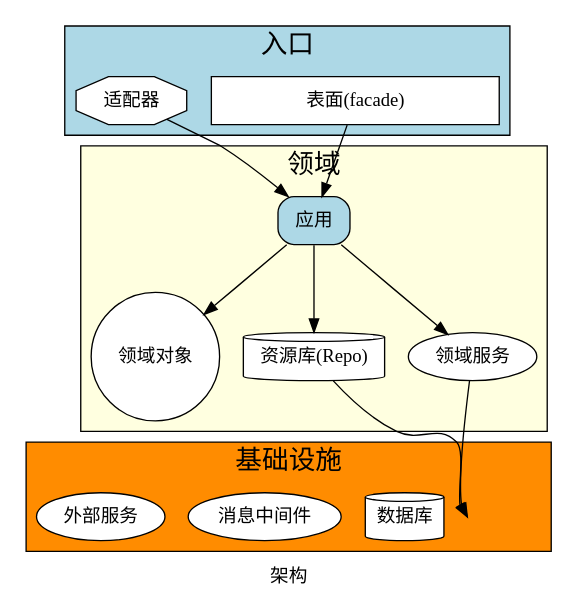
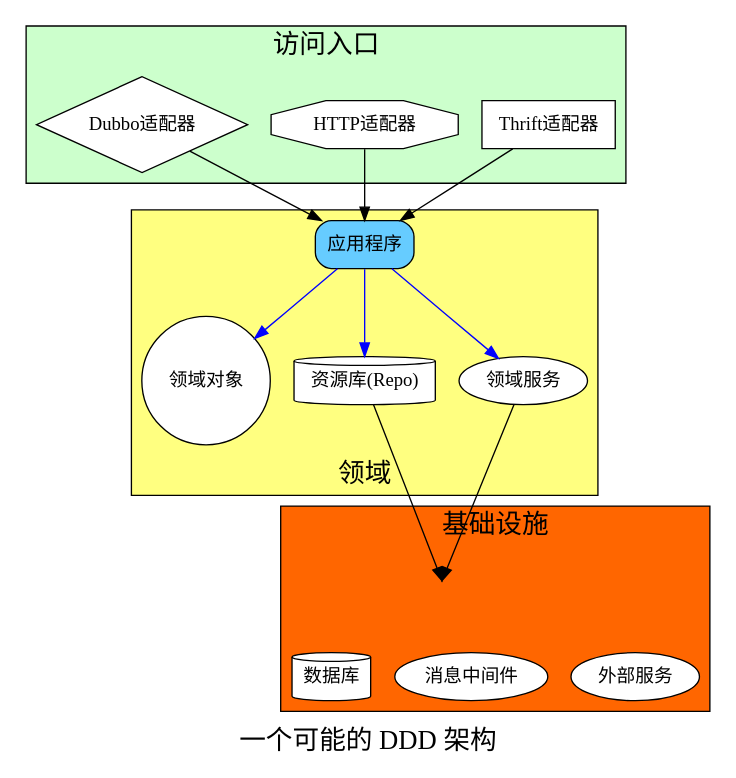
The diagram in ddd/img/architecture.dot (shinyoo/shinyoo.github.io), drawn with Graphviz before and after one commit. The commit also changed 11 other files, not shown here.

```diff
--- a/ddd/img/architecture.dot
+++ b/ddd/img/architecture.dot
@@ -1,53 +1,66 @@
 digraph architecture {
+    splines=false
     subgraph cluster_domain{
         node[style=filled;fillcolor=white]
-        app[label="应用";style="rounded,filled";shape=box;fillcolor=lightblue]
+        edge[color=blue];
+        app[label="应用程序";style="rounded,filled";shape=box;fillcolor="#66ccff"]
         o[label="领域对象";shape=circle]
-        repo[label="资源库(Repo)";shape=cylinder]
-        d_ser[label="领域服务"]
+        repo[label="资源库(Repo)";shape=cylinder];
+        d_ser[label="领域服务"];
 
         
         app->repo
         app->o
         app->d_ser
-
+        labelloc=b;
         label="领域";
         fontsize=20;
         style=filled;
-        fillcolor=lightyellow;
+        fillcolor="#ffff80";
         out[style=invisible;rank=min]
         
     }
 
     edge[head=invis;headport=w]
     d_ser->in
     repo->in
     edge[headport=none]
     subgraph cluster_infr{
-        in[style=invisible;]
+        in[style=invisible;rank=same;height=0;width=0]
         node[style=filled;fillcolor=white]
         db[label="数据库";shape=cylinder]
         mq[label="消息中间件"]
         ex_ser[label="外部服务"];
+        edge[style=invis];
+        _r[style=invis;]
+        
+        in->db,mq,ex_ser
+        
         fontsize=20;
         label="基础设施";
         style=filled;
-        fillcolor=darkorange;
+        fillcolor="#ff6600";
     }
 
     subgraph cluster_entry{
         node[style=filled;fillcolor=white]
-        f[label="表面(facade)";shape=box;width=3];
-        a[label="适配器";shape=octagon]
-        f->app;    
-        a->app;
-        fontsize=20
-        label="入口";
+        a2[label="Thrift适配器";shape=box;width=1];
+        
+        a0[label="HTTP适配器";shape=octagon];
+        a1[label="Dubbo适配器";shape=diamond;height=1];
+
+        a2->app;    
+        a0->app;
+        a1->app;
+        fontsize=20;
+        label="访问入口";
         style=filled;
-        fillcolor=lightblue;       
+        shape=oval;
+        fillcolor="#ccffcc";       
     }
 
-    
 
-    label="架构";
+
+    fontsize=20
+    label="一个可能的 DDD 架构";
 }
```
